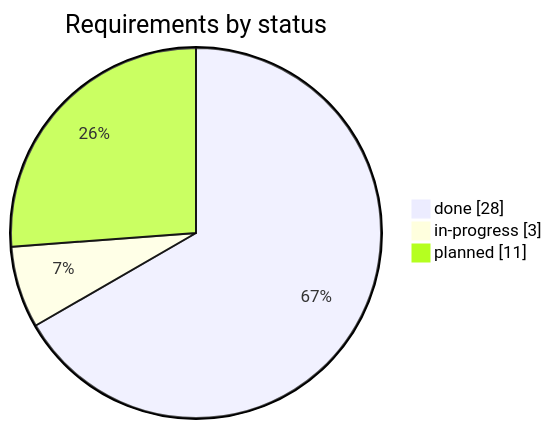
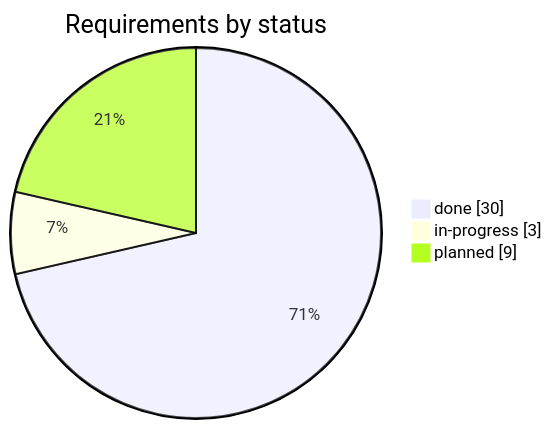
One commit to rikire/Exchange-Student-Guide-Platform changed the first of 2 diagrams in docs/gap-list.md. Above: the diagram before and after it, drawn with Mermaid. The commit also changed other lines of this file and 65 other files, not shown here.

````diff
--- a/docs/gap-list.md
+++ b/docs/gap-list.md
@@ -13,6 +13,6 @@
 ```mermaid
 pie showData title Requirements by status
-    "done" : 28
+    "done" : 30
     "in-progress" : 3
-    "planned" : 11
+    "planned" : 9
 ```
````
